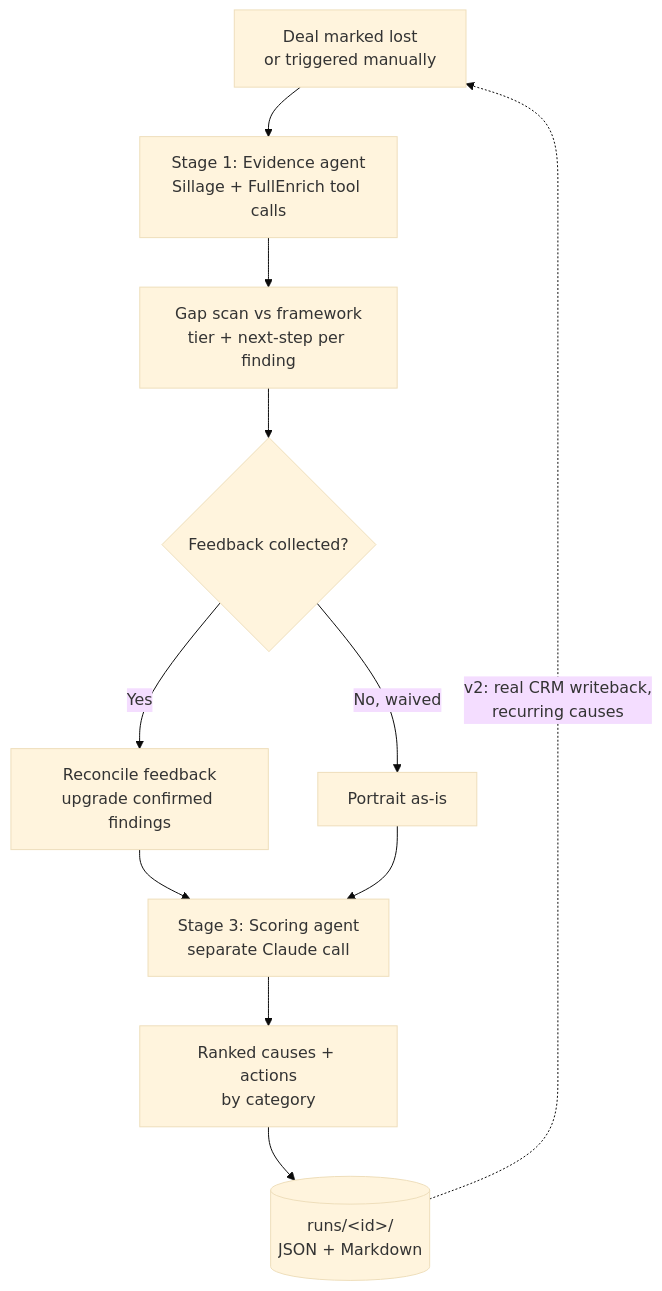
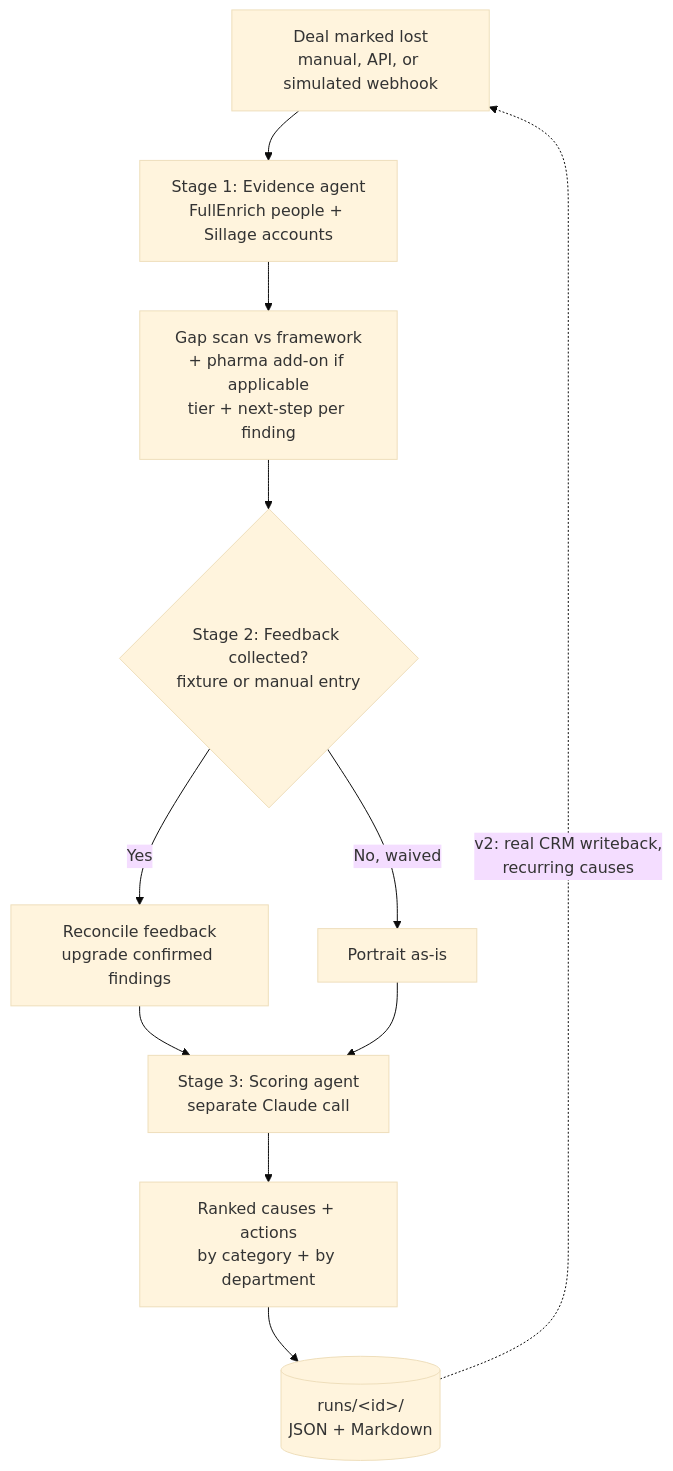
One commit to maxgvn/StopMortem changed the diagram in README.md. Above: the diagram before and after it, drawn with Mermaid (base theme). The commit also changed other lines of this file and 21 other files, not shown here.

````diff
--- a/README.md
+++ b/README.md
@@ -41,13 +44,13 @@
 ```mermaid
 flowchart TD
-    A[Deal marked lost<br/>or triggered manually] --> S1[Stage 1: Evidence agent<br/>Sillage + FullEnrich tool calls]
-    S1 --> GS[Gap scan vs framework<br/>tier + next-step per finding]
-    GS --> Q{Feedback collected?}
+    A[Deal marked lost<br/>manual, API, or simulated webhook] --> S1[Stage 1: Evidence agent<br/>FullEnrich people + Sillage accounts]
+    S1 --> GS[Gap scan vs framework<br/>+ pharma add-on if applicable<br/>tier + next-step per finding]
+    GS --> Q{Stage 2: Feedback collected?<br/>fixture or manual entry}
     Q -->|Yes| F[Reconcile feedback<br/>upgrade confirmed findings]
     Q -->|No, waived| P[Portrait as-is]
     F --> S3[Stage 3: Scoring agent<br/>separate Claude call]
     P --> S3
-    S3 --> AC[Ranked causes + actions<br/>by category]
+    S3 --> AC[Ranked causes + actions<br/>by category + by department]
     AC --> OUT[(runs/&lt;id&gt;/<br/>JSON + Markdown)]
     OUT -.v2: real CRM writeback,<br/>recurring causes.-> A
 ```
````
